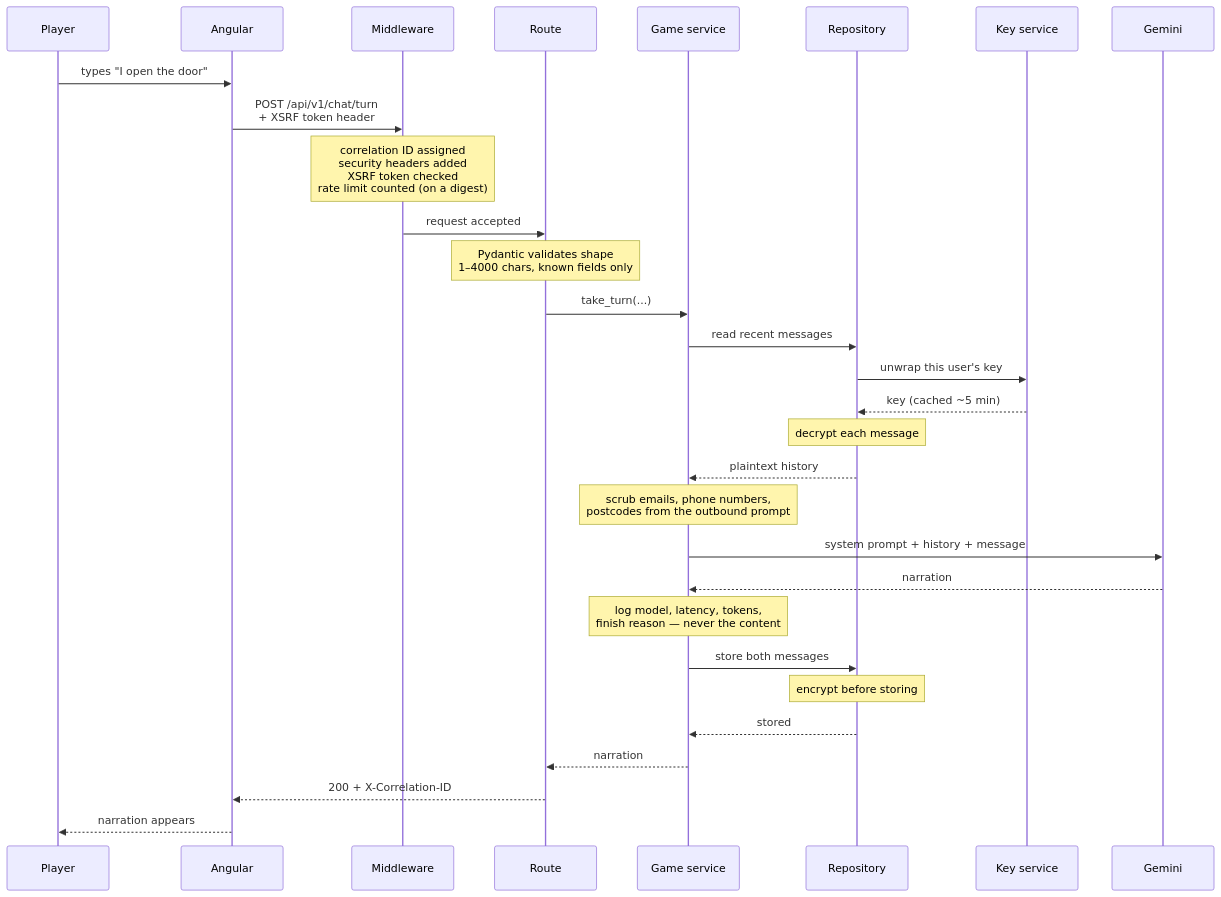
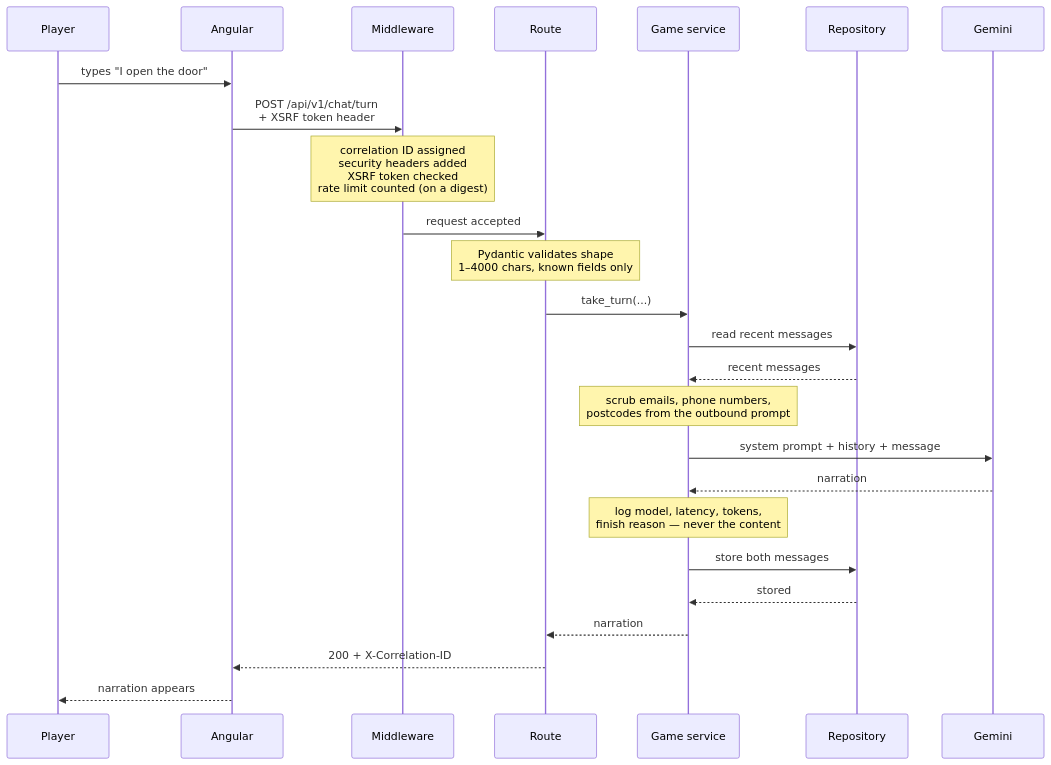
One commit to alvarexander/ai-dungeon-master changed the second of 7 diagrams in ARCHITECTURE.md. Above: the diagram before and after it, drawn with Mermaid. The commit also changed other lines of this file and 77 other files, not shown here.

````diff
--- a/ARCHITECTURE.md
+++ b/ARCHITECTURE.md
@@ -99,40 +92,35 @@
 ```mermaid
 sequenceDiagram
     participant P as Player
     participant A as Angular
     participant M as Middleware
     participant R as Route
     participant S as Game service
     participant D as Repository
-    participant K as Key service
     participant G as Gemini
 
     P->>A: types "I open the door"
     A->>M: POST /api/v1/chat/turn<br/>+ XSRF token header
 
     Note over M: correlation ID assigned<br/>security headers added<br/>XSRF token checked<br/>rate limit counted (on a digest)
 
     M->>R: request accepted
     Note over R: Pydantic validates shape<br/>1–4000 chars, known fields only
 
     R->>S: take_turn(...)
     S->>D: read recent messages
-    D->>K: unwrap this user's key
-    K-->>D: key (cached ~5 min)
-    Note over D: decrypt each message
-    D-->>S: plaintext history
+    D-->>S: recent messages
 
     Note over S: scrub emails, phone numbers,<br/>postcodes from the outbound prompt
 
     S->>G: system prompt + history + message
     G-->>S: narration
     Note over S: log model, latency, tokens,<br/>finish reason — never the content
 
     S->>D: store both messages
-    Note over D: encrypt before storing
     D-->>S: stored
 
     S-->>R: narration
     R-->>A: 200 + X-Correlation-ID
     A-->>P: narration appears
 ```
````
